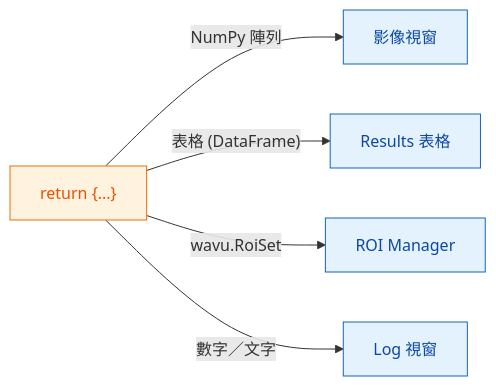
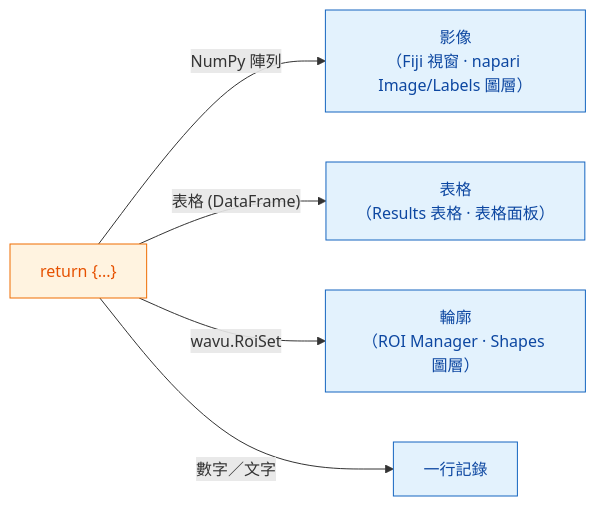
The diagram in guide/write/outputs.zh-Hant.md (Oxford-Zeiss-Centre-of-Excellence/Wavu), drawn with Mermaid before and after one commit. The commit also changed other lines of this file and 221 other files, not shown here.

````diff
--- a/guide/write/outputs.zh-Hant.md
+++ b/guide/write/outputs.zh-Hant.md
@@ -9,15 +11,15 @@
 ```mermaid
 flowchart LR
     R["return {...}"]:::script
-    I["影像視窗"]:::fiji
-    T["Results 表格"]:::fiji
-    O["ROI Manager"]:::fiji
-    L["Log 視窗"]:::fiji
+    I["影像<br/>（Fiji 視窗 · napari Image/Labels 圖層）"]:::fiji
+    T["表格<br/>（Results 表格 · 表格面板）"]:::fiji
+    O["輪廓<br/>（ROI Manager · Shapes 圖層）"]:::fiji
+    L["一行記錄"]:::fiji
     R -- "NumPy 陣列" --> I
     R -- "表格 (DataFrame)" --> T
     R -- "wavu.RoiSet" --> O
     R -- "數字／文字" --> L
 
     classDef fiji   fill:#e3f2fd,stroke:#1565c0,color:#0d47a1
     classDef script fill:#fff3e0,stroke:#ef6c00,color:#e65100
 ```
````
